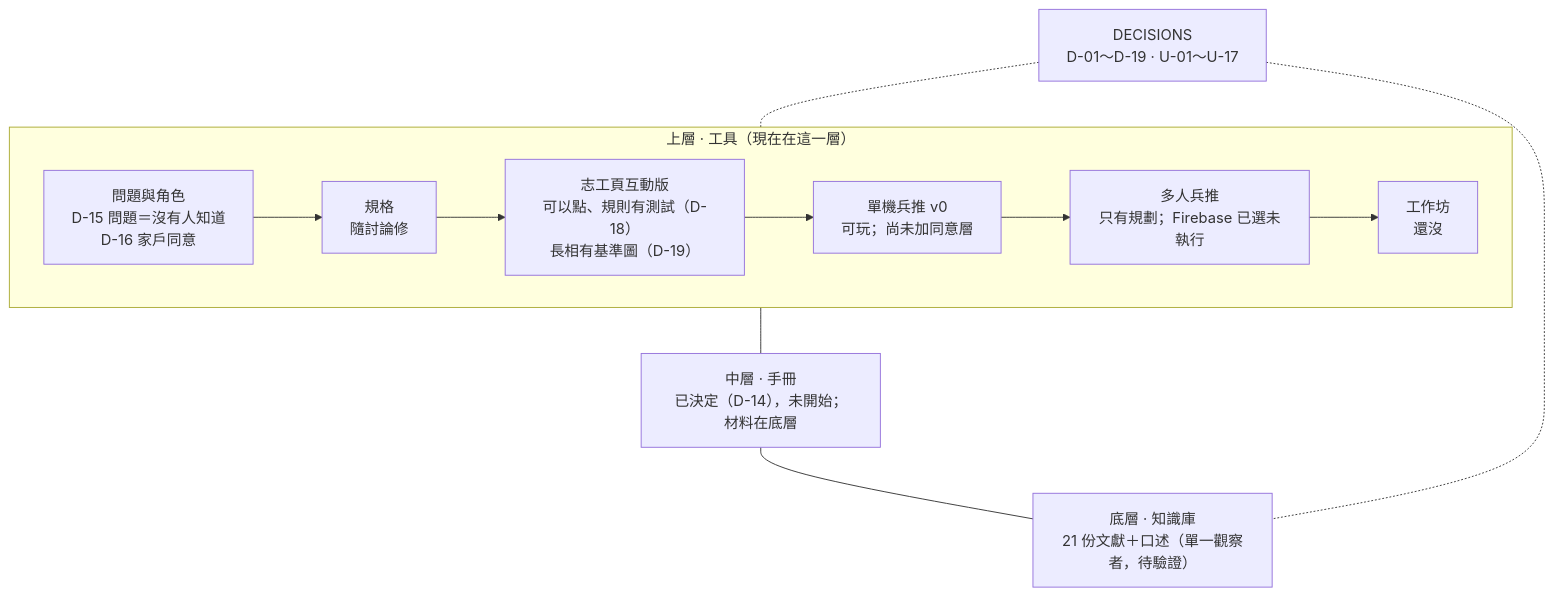
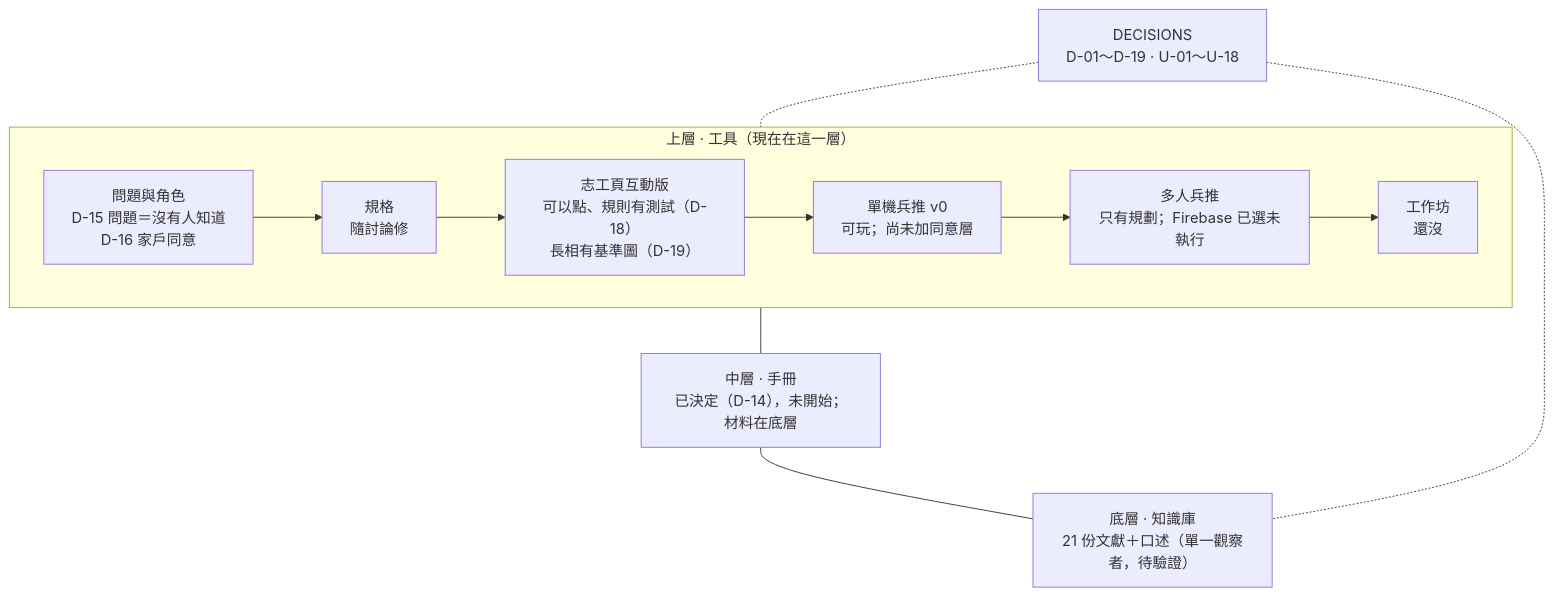
The seventh of 8 diagrams in ARCHITECTURE.md (BasilHsieh/resq-hub), drawn with Mermaid before and after one commit. The commit also changed 5 other files, not shown here.

First line of the commit message:
決策｜D-19 修訂：災時那一套要不要原生不現在定；U-18 地圖圖資與導航

````diff
--- a/ARCHITECTURE.md
+++ b/ARCHITECTURE.md
@@ -461,19 +461,19 @@
 ```mermaid
 flowchart TB
     subgraph TOOL["上層 · 工具（現在在這一層）"]
         direction LR
         R["問題與角色<br/>D-15 問題＝沒有人知道<br/>D-16 家戶同意"] --> S["規格<br/>隨討論修"] --> M["志工頁互動版<br/>可以點、規則有測試（D-18）<br/>長相有基準圖（D-19）"] --> P1["單機兵推 v0<br/>可玩；尚未加同意層"] --> P2["多人兵推<br/>只有規劃；Firebase 已選未執行"] --> W["工作坊<br/>還沒"]
     end
     HB["中層 · 手冊<br/>已決定（D-14），未開始；材料在底層"]
     KB["底層 · 知識庫<br/>21 份文獻＋口述（單一觀察者，待驗證）"]
-    DEC["DECISIONS<br/>D-01～D-19 · U-01～U-17"]
+    DEC["DECISIONS<br/>D-01～D-19 · U-01～U-18"]
     TOOL --- HB --- KB
     DEC -.- TOOL
     DEC -.- KB
     click R "output/spec/角色輪廓.md" "開啟原檔"
     click M "output/prototype/03-志工頁/README.md" "開啟原檔"
     click S "output/spec/資料模型與狀態機.md" "開啟原檔"
     click P1 "output/prototype/01-兵推/README.md" "開啟原檔"
     click P2 "output/prototype/02-兵推多人/README.md" "開啟原檔"
     click DEC "DECISIONS.md" "開啟原檔"
 ```
````
